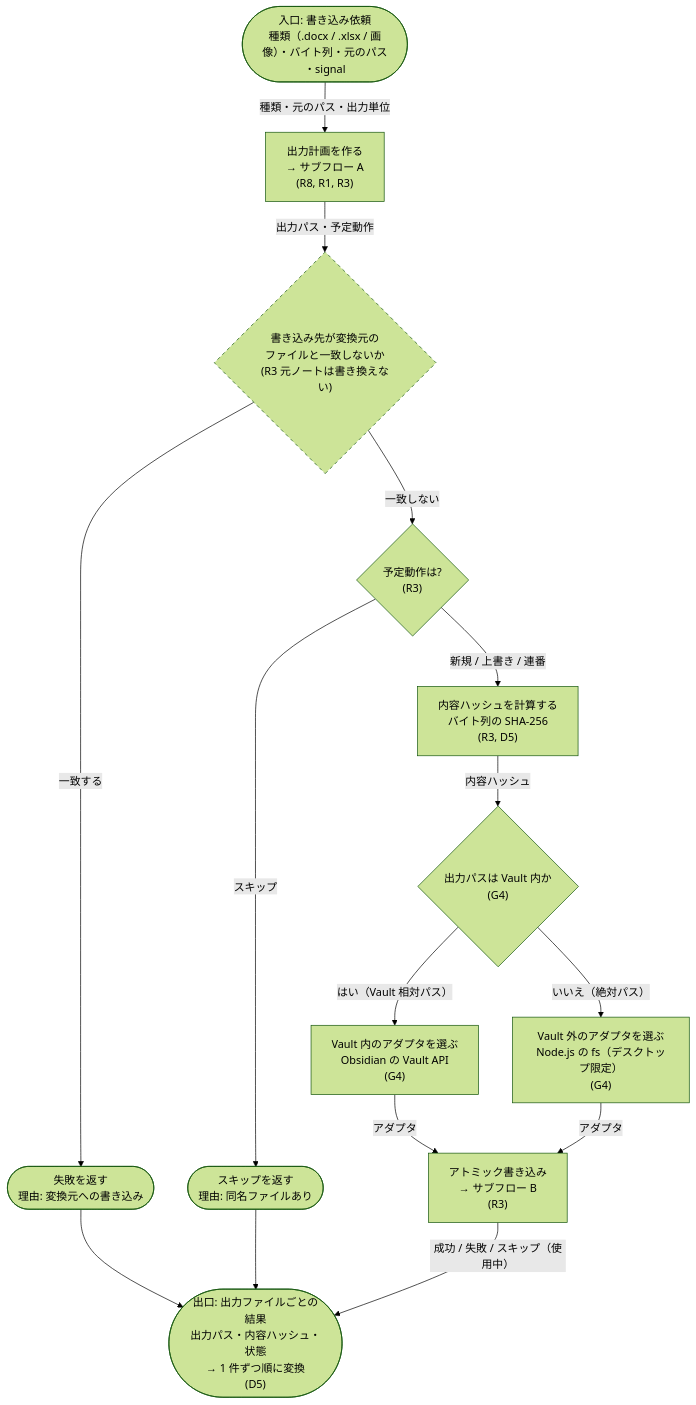
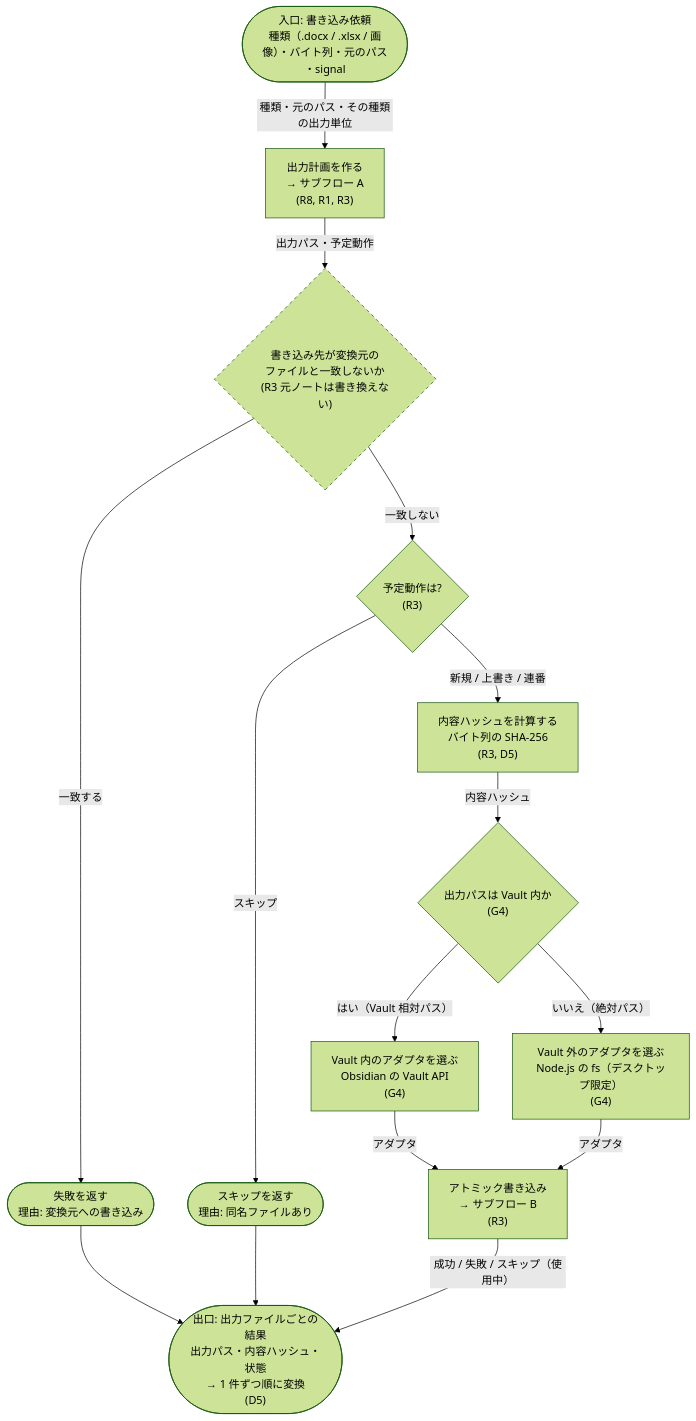
One commit to rakko1133/obsidian-md-to-office changed the first of 3 diagrams in docs/flows/09-write-file.md. Above: the diagram before and after it, drawn with Mermaid (forest theme). The commit also changed other lines of this file and 4 other files, not shown here.

First line of the commit message:
docs: フロー図に形式ごとの出力単位とグループの完成の指示を反映 (R8)

````diff
--- a/docs/flows/09-write-file.md
+++ b/docs/flows/09-write-file.md
@@ -25,33 +25,33 @@
 ```mermaid
 flowchart TD
   In(["入口: 書き込み依頼<br/>種類（.docx / .xlsx / 画像）・バイト列・元のパス<br/>・signal"])
   Plan["出力計画を作る<br/>→ サブフロー A<br/>(R8, R1, R3)"]
   Guard{"書き込み先が変換元の<br/>ファイルと一致しないか<br/>(R3 元ノートは書き換えない)"}
   FailGuard(["失敗を返す<br/>理由: 変換元への書き込み"])
   Act{"予定動作は?<br/>(R3)"}
   SkipSame(["スキップを返す<br/>理由: 同名ファイルあり"])
   Hash["内容ハッシュを計算する<br/>バイト列の SHA-256<br/>(R3, D5)"]
   Where{"出力パスは Vault 内か<br/>(G4)"}
   VaultAd["Vault 内のアダプタを選ぶ<br/>Obsidian の Vault API<br/>(G4)"]
   FsAd["Vault 外のアダプタを選ぶ<br/>Node.js の fs（デスクトップ限定）<br/>(G4)"]
   Atomic["アトミック書き込み<br/>→ サブフロー B<br/>(R3)"]
   Out(["出口: 出力ファイルごとの結果<br/>出力パス・内容ハッシュ・状態<br/>→ 1 件ずつ順に変換<br/>(D5)"])
 
-  In -->|"種類・元のパス・出力単位"| Plan
+  In -->|"種類・元のパス・その種類の出力単位"| Plan
   Plan -->|"出力パス・予定動作"| Guard
   Guard -->|"一致する"| FailGuard
   Guard -->|"一致しない"| Act
   Act -->|"スキップ"| SkipSame
   Act -->|"新規 / 上書き / 連番"| Hash
   Hash -->|"内容ハッシュ"| Where
   Where -->|"はい（Vault 相対パス）"| VaultAd
   Where -->|"いいえ（絶対パス）"| FsAd
   VaultAd -->|"アダプタ"| Atomic
   FsAd -->|"アダプタ"| Atomic
   Atomic -->|"成功 / 失敗 / スキップ（使用中）"| Out
   FailGuard --> Out
   SkipSame --> Out
 
   classDef undecided stroke-dasharray: 5 5
   class Guard undecided
 ```
````
